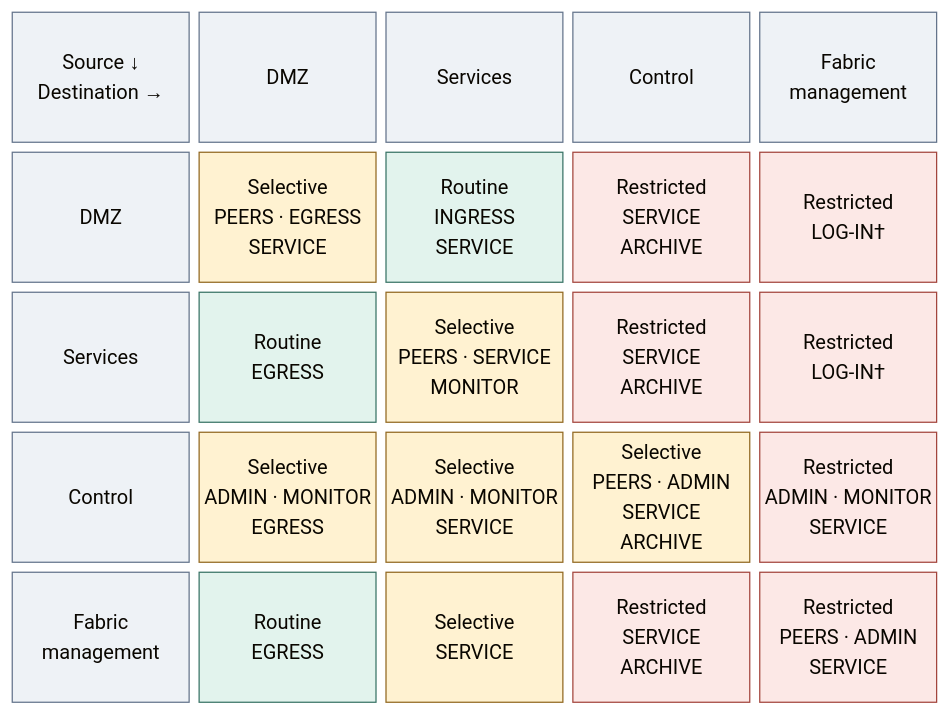
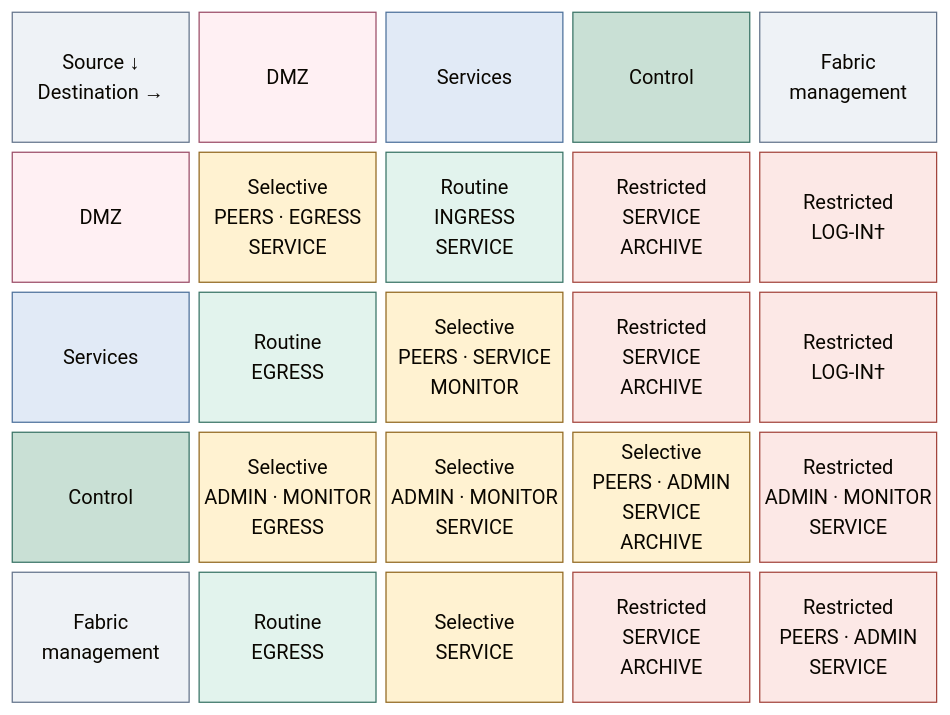
One commit to Rexus/homelab changed the diagram in docs/01-architecture/05-networking/01-firewall-policy.md. Above: the diagram before and after it, drawn with Mermaid. The commit also changed 108 other files, not shown here.

Commit message:
docs(diagrams): unify visual language and opening views

````diff
--- a/docs/01-architecture/05-networking/01-firewall-policy.md
+++ b/docs/01-architecture/05-networking/01-firewall-policy.md
@@ -44,19 +44,25 @@
 ```mermaid
 %%{init: {"theme":"base"}}%%
 block-beta
   columns 5
   Direction["Source ↓<br/>Destination →"] Ddmz["DMZ"] Dservices["Services"] Dcontrol["Control"] Dfabric["Fabric<br/>management"]
   Sdmz["DMZ"] DD["Selective<br/>PEERS · EGRESS<br/>SERVICE"] DS["Routine<br/>INGRESS<br/>SERVICE"] DC["Restricted<br/>SERVICE<br/>ARCHIVE"] DF["Restricted<br/>LOG-IN†"]
   Sservices["Services"] SD["Routine<br/>EGRESS"] SS["Selective<br/>PEERS · SERVICE<br/>MONITOR"] SC["Restricted<br/>SERVICE<br/>ARCHIVE"] SF["Restricted<br/>LOG-IN†"]
   Scontrol["Control"] CD["Selective<br/>ADMIN · MONITOR<br/>EGRESS"] CS["Selective<br/>ADMIN · MONITOR<br/>SERVICE"] CC["Selective<br/>PEERS · ADMIN<br/>SERVICE<br/>ARCHIVE"] CF["Restricted<br/>ADMIN · MONITOR<br/>SERVICE"]
   Sfabric["Fabric<br/>management"] FD["Routine<br/>EGRESS"] FS["Selective<br/>SERVICE"] FC["Restricted<br/>SERVICE<br/>ARCHIVE"] FF["Restricted<br/>PEERS · ADMIN<br/>SERVICE"]
   classDef default fill:#f8fafc,stroke:#64748b,color:#1f2937
   classDef boundary fill:#eef2f6,stroke:#64748b,color:#1f2937
   classDef control fill:#e2f3ed,stroke:#397366,color:#173f36
   classDef custody fill:#fff2d1,stroke:#926820,color:#584013
   classDef fault fill:#fce8e6,stroke:#a3453d,color:#652c28
-  class Direction,Ddmz,Dservices,Dcontrol,Dfabric,Sdmz,Sservices,Scontrol,Sfabric boundary
+  class Direction,Dfabric,Sfabric boundary
+  classDef zoneEdge fill:#fff0f3,stroke:#9b4d67,color:#502638
+  classDef zoneServices fill:#e1eaf6,stroke:#4d719b,color:#203a5b
+  classDef zoneControl fill:#c9e0d5,stroke:#397366,color:#173f36
+  class Ddmz,Sdmz zoneEdge
+  class Dservices,Sservices zoneServices
+  class Dcontrol,Scontrol zoneControl
   class DS,SD,FD control
   class DD,SS,CD,CS,CC,FS custody
   class DC,DF,SC,SF,CF,FC,FF fault
 ```
````
